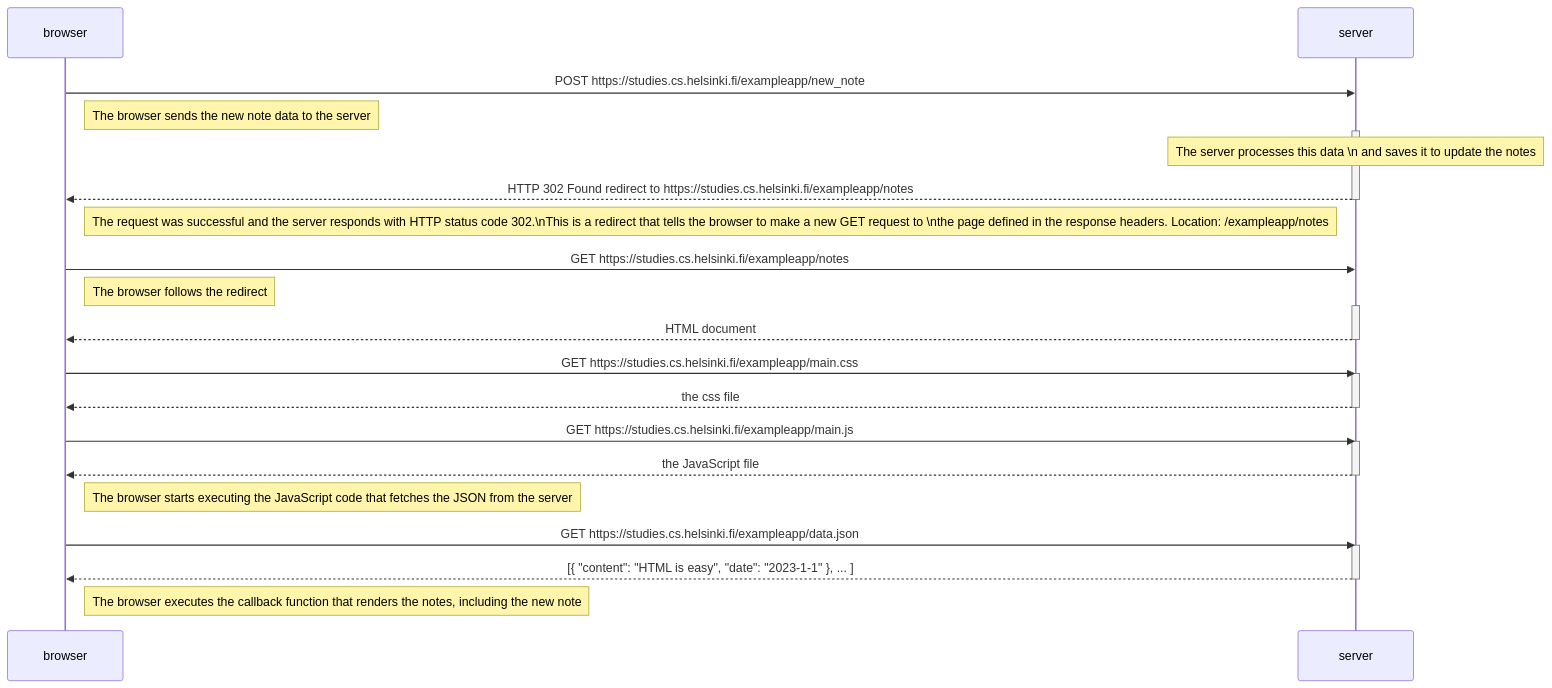
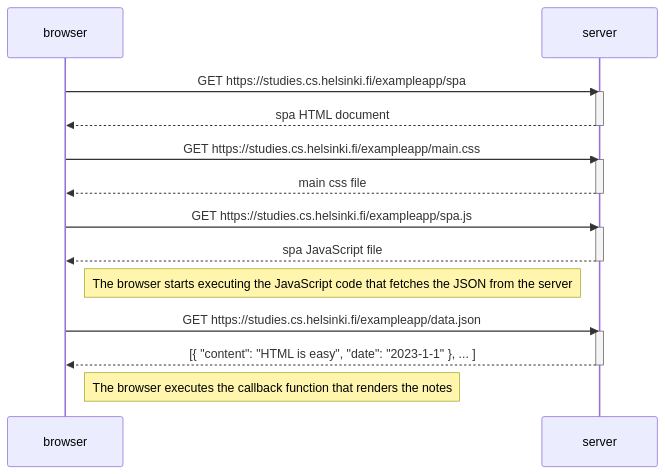
Before and after one commit to Seake1/Full-Stack-open-palautuskansio: the diagram in part_0 /0.5-load-spa /0.5.md, drawn with Mermaid.

````diff
--- a/part_0 /0.5-load-spa /0.5.md
+++ b/part_0 /0.5-load-spa /0.5.md
@@ -2,39 +2,29 @@
  ```mermaid
 sequenceDiagram
     participant browser
     participant server
 
-    browser->>server: POST https://studies.cs.helsinki.fi/exampleapp/new_note
-    Note right of browser: The browser sends the new note data to the server
+    browser->>server: GET https://studies.cs.helsinki.fi/exampleapp/spa
     activate server
-    Note over server: The server processes this data \n and saves it to update the notes
-    server-->>browser: HTTP 302 Found redirect to https://studies.cs.helsinki.fi/exampleapp/notes
-    deactivate server
-
-    Note right of browser: The request was successful and the server responds with HTTP status code 302.\nThis is a redirect that tells the browser to make a new GET request to \nthe page defined in the response headers. Location: /exampleapp/notes
-
-    browser->>server: GET https://studies.cs.helsinki.fi/exampleapp/notes
-    Note right of browser: The browser follows the redirect
-    activate server
-    server-->>browser: HTML document
+    server-->>browser: spa HTML document
     deactivate server
 
     browser->>server: GET https://studies.cs.helsinki.fi/exampleapp/main.css
     activate server
-    server-->>browser: the css file
+    server-->>browser: main css file
     deactivate server
 
-    browser->>server: GET https://studies.cs.helsinki.fi/exampleapp/main.js
+    browser->>server: GET https://studies.cs.helsinki.fi/exampleapp/spa.js
     activate server
-    server-->>browser: the JavaScript file
+    server-->>browser: spa JavaScript file
     deactivate server
 
     Note right of browser: The browser starts executing the JavaScript code that fetches the JSON from the server
 
     browser->>server: GET https://studies.cs.helsinki.fi/exampleapp/data.json
     activate server
     server-->>browser: [{ "content": "HTML is easy", "date": "2023-1-1" }, ... ]
     deactivate server
 
-    Note right of browser: The browser executes the callback function that renders the notes, including the new note
+    Note right of browser: The browser executes the callback function that renders the notes
 ```
````
